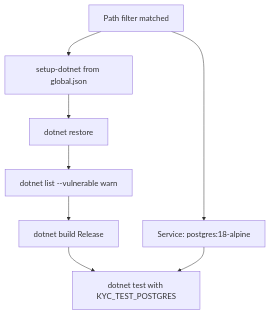
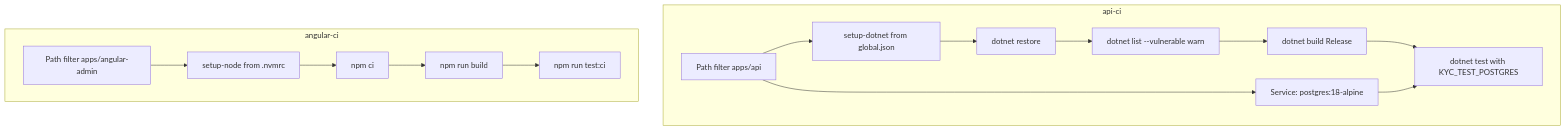
The diagram in .github/workflows/README.STUDY.md (SDS37/kyc-multi-frontend), drawn with Mermaid before and after one commit. The commit also changed other lines of this file and 40 other files, not shown here.

First line of the commit message:
feat(angular): KYC-060 Angular admin foundation (#88)

````diff
--- a/.github/workflows/README.STUDY.md
+++ b/.github/workflows/README.STUDY.md
@@ -27,14 +28,24 @@
 ```mermaid
 flowchart TB
-    T[Path filter matched]
+  subgraph api [api-ci]
+    T1[Path filter apps/api]
     PG[Service: postgres:18-alpine]
     SDK["setup-dotnet from global.json"]
     R[dotnet restore]
     V["dotnet list --vulnerable warn"]
-    B[dotnet build Release]
-    X["dotnet test with KYC_TEST_POSTGRES"]
+    B1[dotnet build Release]
+    X1["dotnet test with KYC_TEST_POSTGRES"]
+    T1 --> PG
+    T1 --> SDK --> R --> V --> B1 --> X1
+    PG --> X1
+  end
 
-    T --> PG
-    T --> SDK --> R --> V --> B --> X
-    PG --> X
+  subgraph ang [angular-ci]
+    T2[Path filter apps/angular-admin]
+    N["setup-node from .nvmrc"]
+    CI[npm ci]
+    B2[npm run build]
+    X2[npm run test:ci]
+    T2 --> N --> CI --> B2 --> X2
+  end
 ```
````
